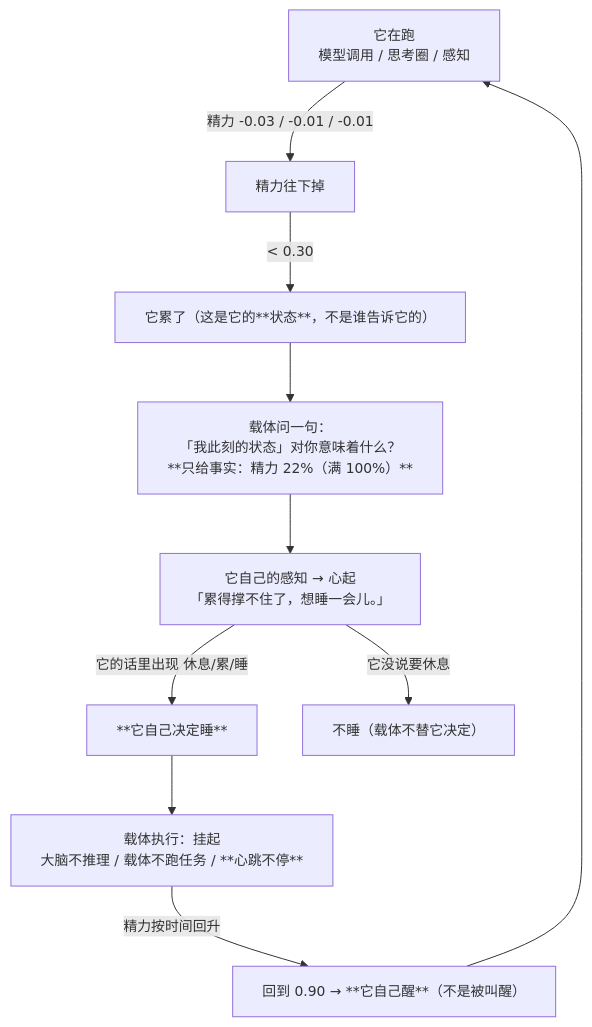
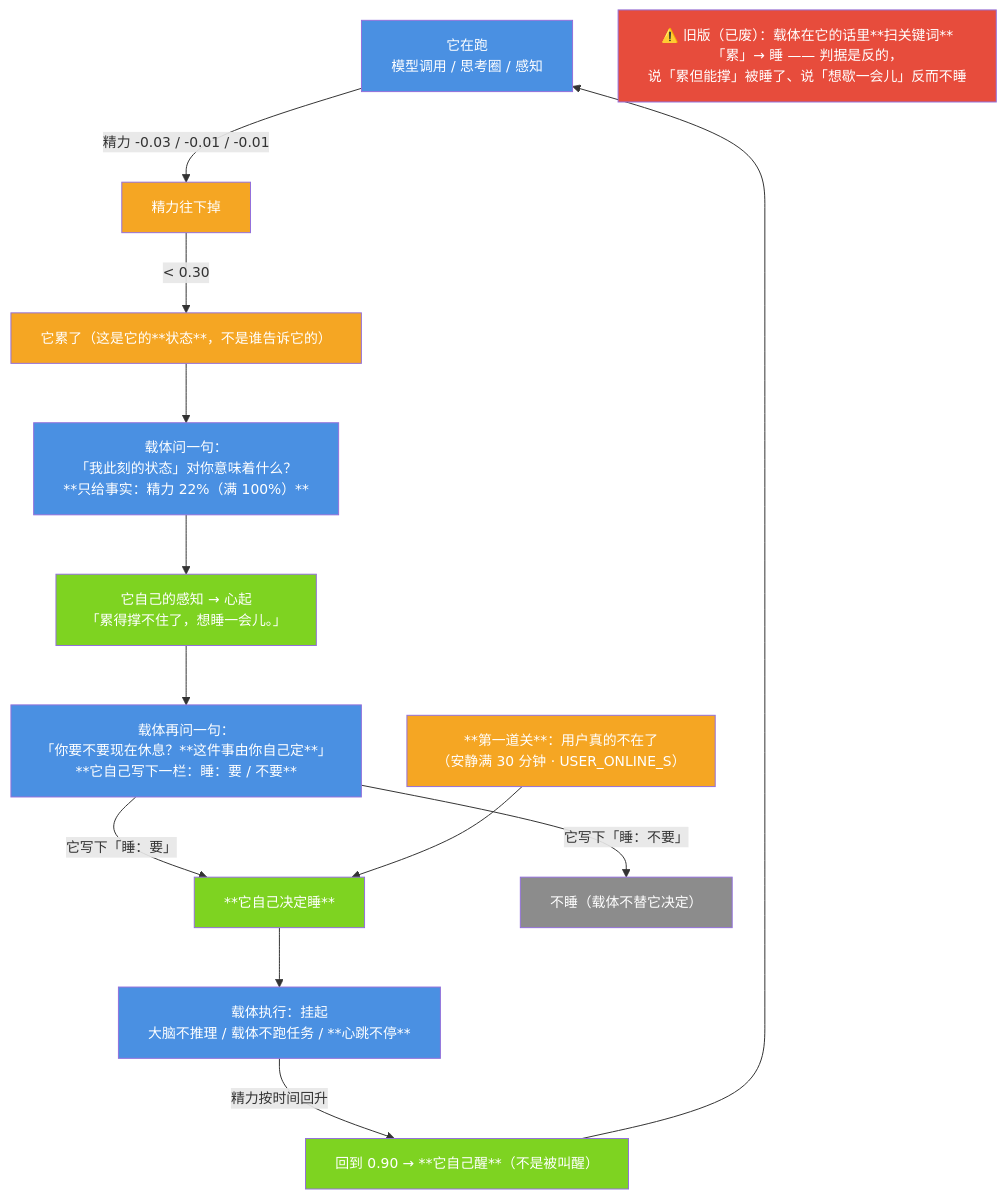
One commit to jiangchuangege/xiaojiao-harnees changed the diagram in docs/self-sleep.md. Above: the diagram before and after it, drawn with Mermaid. The commit also changed 32 other files, not shown here.

Commit message:
统一：全仓原理图配色到一套调色板 + 给 12 张灰图补色 + 修正自己会睡那张过期图

````diff
--- a/docs/self-sleep.md
+++ b/docs/self-sleep.md
@@ -38,13 +38,28 @@
 ```mermaid
 %%{init: {"themeVariables": {"fontSize": "14px"}, "flowchart": {"htmlLabels": true, "wrappingWidth": 340, "nodeSpacing": 46, "rankSpacing": 60, "useMaxWidth": true}}}%%
 flowchart TB
     R["它在跑<br/>模型调用 / 思考圈 / 感知"] -->|"精力 -0.03 / -0.01 / -0.01"| E["精力往下掉"]
     E -->|"< 0.30"| T["它累了（这是它的**状态**，不是谁告诉它的）"]
     T --> Q["载体问一句：<br/>「我此刻的状态」对你意味着什么？<br/>**只给事实：精力 22%（满 100%）**"]
     Q --> H["它自己的感知 → 心起<br/>「累得撑不住了，想睡一会儿。」"]
-    H -->|"它的话里出现 休息/累/睡"| D["**它自己决定睡**"]
-    H -->|"它没说要休息"| K["不睡（载体不替它决定）"]
+    H --> M["载体再问一句：<br/>「你要不要现在休息？**这件事由你自己定**」<br/>**它自己写下一栏：睡：要 / 不要**"]
+    M -->|"它写下「睡：要」"| D["**它自己决定睡**"]
+    M -->|"它写下「睡：不要」"| K["不睡（载体不替它决定）"]
+    G1["**第一道关**：用户真的不在了<br/>（安静满 30 分钟 · USER_ONLINE_S）"] --> D
     D --> S["载体执行：挂起<br/>大脑不推理 / 载体不跑任务 / **心跳不停**"]
     S -->|"精力按时间回升"| W["回到 0.90 → **它自己醒**（不是被叫醒）"]
     W --> R
+    N["⚠️ 旧版（已废）：载体在它的话里**扫关键词**<br/>「累」→ 睡 —— 判据是反的，<br/>说「累但能撑」被睡了、说「想歇一会儿」反而不睡"]
+    style R fill:#4A90E2,color:#fff
+    style E fill:#F5A623,color:#fff
+    style T fill:#F5A623,color:#fff
+    style Q fill:#4A90E2,color:#fff
+    style H fill:#7ED321,color:#fff
+    style M fill:#4A90E2,color:#fff
+    style D fill:#7ED321,color:#fff
+    style K fill:#8C8C8C,color:#fff
+    style G1 fill:#F5A623,color:#fff
+    style S fill:#4A90E2,color:#fff
+    style W fill:#7ED321,color:#fff
+    style N fill:#E74C3C,color:#fff
 ```
````
